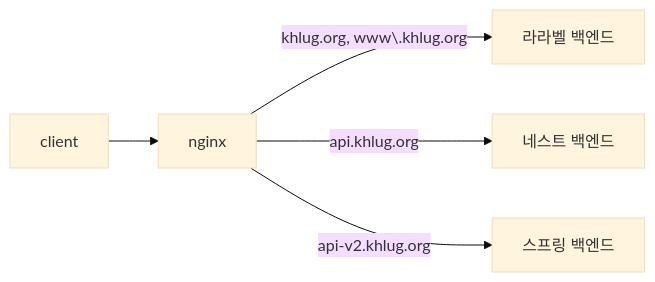
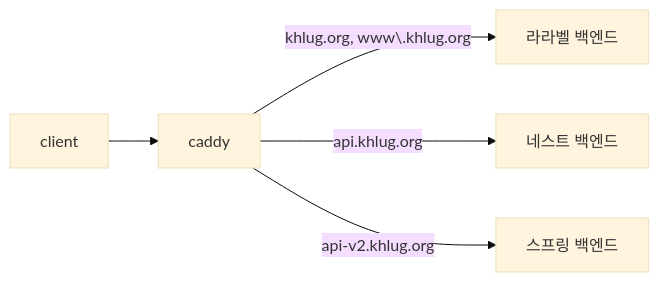
The diagram in README.md (khu-khlug/sight-infra), drawn with Mermaid (base theme) before and after one commit. The commit also changed 6 other files, not shown here.

````diff
--- a/README.md
+++ b/README.md
@@ -7,13 +7,13 @@
 ```mermaid
 flowchart LR
   client
-  reverse-proxy["nginx"]
+  reverse-proxy["caddy"]
   laravel-backend["라라벨 백엔드"]
   nestjs-backend["네스트 백엔드"]
   spring-backend["스프링 백엔드"]
 
   client --> reverse-proxy
   reverse-proxy -->|"khlug.org, www\.khlug.org"|laravel-backend
   reverse-proxy -->|"api.khlug.org"| nestjs-backend
   reverse-proxy -->|"api-v2.khlug.org"| spring-backend
 ```
````
